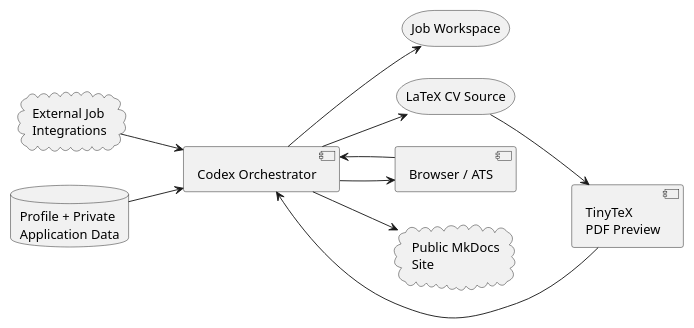
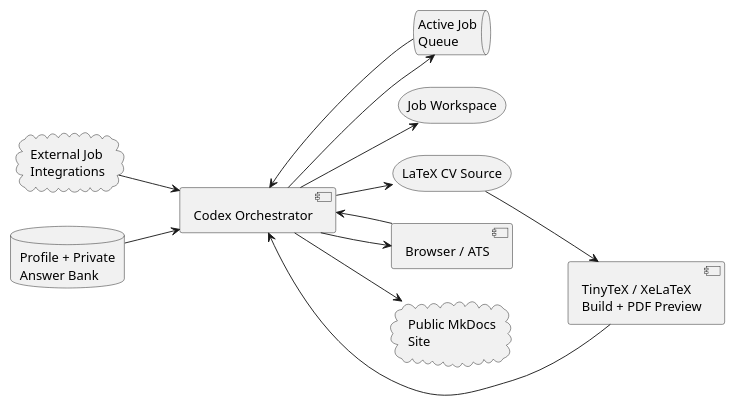
One commit to ddm18/codex-managed-application-workflow changed the diagram in docs/architecture.md. Above: the diagram before and after it, drawn with PlantUML. The commit also changed other lines of this file and 7 other files, not shown here.

````diff
--- a/docs/architecture.md
+++ b/docs/architecture.md
@@ -9,25 +9,28 @@
 ```plantuml
 @startuml
 left to right direction
 scale 0.92
 
 cloud "External Job\nIntegrations" as JOBS
-database "Profile + Private\nApplication Data" as DATA
+database "Profile + Private\nAnswer Bank" as DATA
+queue "Active Job\nQueue" as QUEUE
 component "Codex Orchestrator" as CODEX
 storage "Job Workspace" as APPS
 storage "LaTeX CV Source" as CV
-component "TinyTeX\nPDF Preview" as TEX
+component "TinyTeX / XeLaTeX\nBuild + PDF Preview" as TEX
 component "Browser / ATS" as BROWSER
 cloud "Public MkDocs\nSite" as DOCS
 
 JOBS --> CODEX
+CODEX --> QUEUE
+QUEUE --> CODEX
 DATA --> CODEX
 CODEX --> APPS
 CODEX --> CV
 CV --> TEX
 TEX --> CODEX
 CODEX --> BROWSER
 BROWSER --> CODEX
 CODEX --> DOCS
 @enduml
 ```
````
